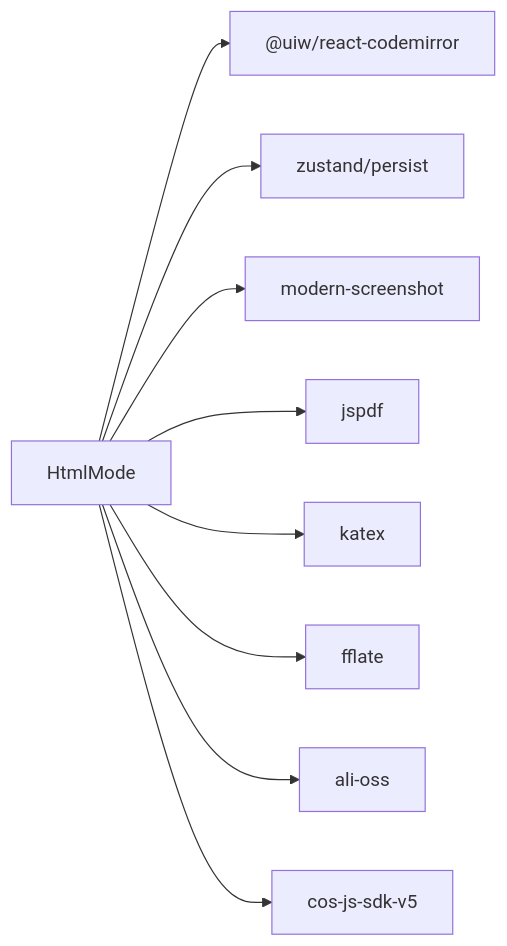
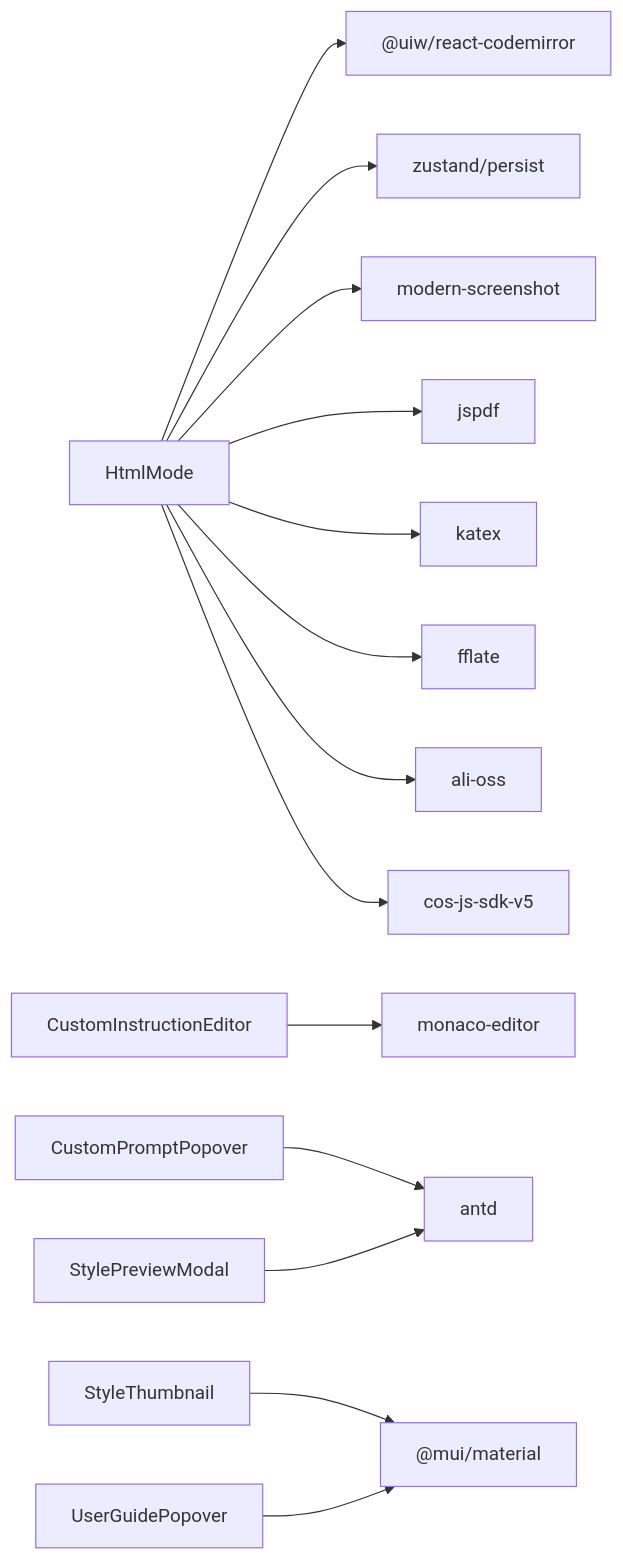
One commit to ZhongXiandou/markdown2view changed the eighth of 8 diagrams in .qoder/repowiki/zh/content/编辑模式系统/HTML可视化编辑模式.md. Above: the diagram before and after it, drawn with Mermaid. The commit also changed other lines of this file and 35 other files, not shown here.

````diff
--- a/.qoder/repowiki/zh/content/编辑模式系统/HTML可视化编辑模式.md
+++ b/.qoder/repowiki/zh/content/编辑模式系统/HTML可视化编辑模式.md
@@ -333,11 +467,16 @@
 ```mermaid
 graph LR
 HtmlMode --> CodeMirror["@uiw/react-codemirror"]
 HtmlMode --> Zustand["zustand/persist"]
 HtmlMode --> ModernScreenshot["modern-screenshot"]
 HtmlMode --> JsPDF["jspdf"]
 HtmlMode --> Katex["katex"]
 HtmlMode --> Fflate["fflate"]
 HtmlMode --> AliOSS["ali-oss"]
 HtmlMode --> Cos["cos-js-sdk-v5"]
+CustomInstructionEditor --> Monaco["monaco-editor"]
+CustomPromptPopover --> Antd["antd"]
+StyleThumbnail --> MaterialUI["@mui/material"]
+StylePreviewModal --> Antd
+UserGuidePopover --> MaterialUI
 ```
````
